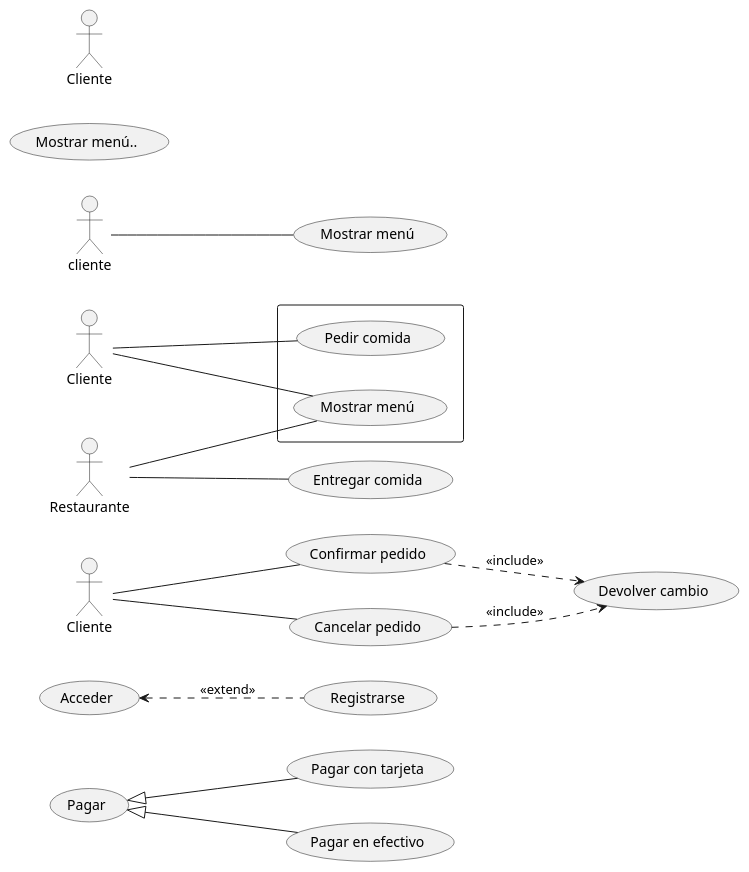
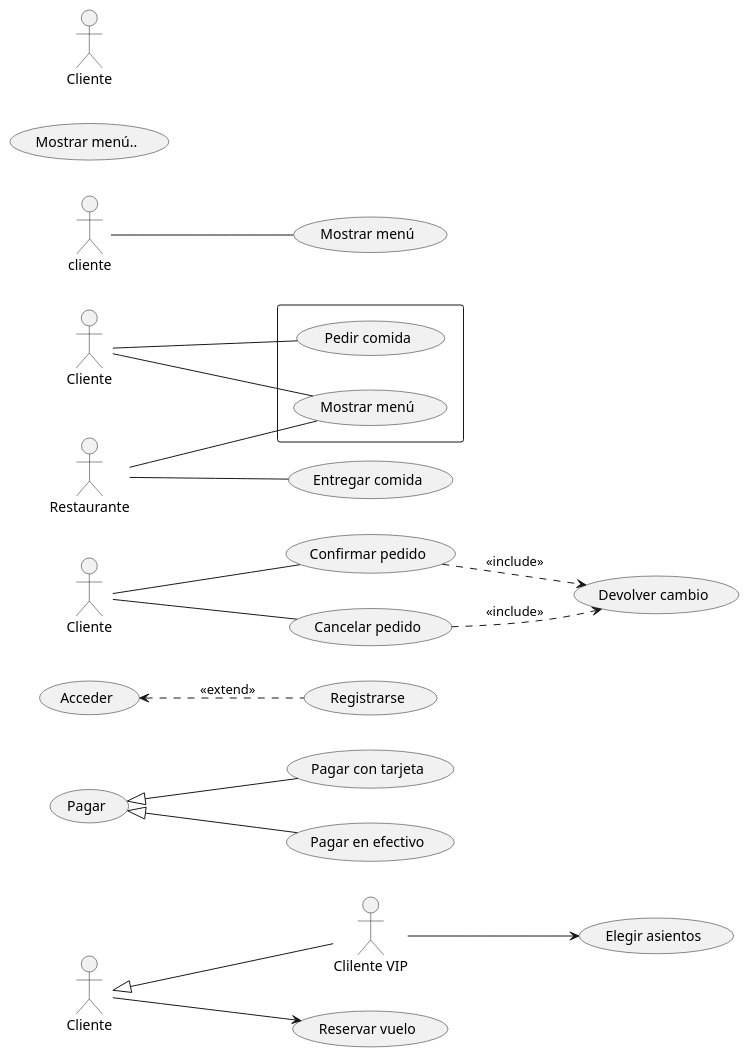
Before and after one commit to JuanmaEDE/UML_casos_de_uso: the diagram in UML_casos_de_uso.puml, drawn with PlantUML.

Commit message:
Realizado Generalización con actores

```diff
--- a/UML_casos_de_uso.puml
+++ b/UML_casos_de_uso.puml
@@ -1,41 +1,49 @@
 @startuml
+
+actor "Cliente" as clvu
+actor "Clilente VIP" as vip
+clvu <|-- vip
+usecase "Reservar vuelo" as rv
+usecase "Elegir asientos" as asie
+vip --> asie
+clvu --> rv
 
 usecase "Pagar" as pag
 usecase "Pagar con tarjeta" as pagt
 usecase "Pagar en efectivo" as pagoe
  pag <|-- pagt
 pag <|-- pagoe
 
 usecase "Acceder" as acc
 usecase "Registrarse" as reg
 (acc) <.. (reg) : <<extend>>
 
 
 left to right direction
 actor "Cliente" as cl1
 usecase "Confirmar pedido" as cp
 usecase "Cancelar pedido" as cap
 usecase "Devolver cambio" as dc
 cl1 -- cp
 cl1 -- cap
 (cp) ..> (dc) : <<include>>
 (cap) ..> (dc) : <<include>>
 
 left to right direction
 actor "Cliente" as cl
 actor "Restaurante" as re
 rectangle  {
   usecase "Mostrar menú" as UC1
   usecase "Pedir comida" as UC2
 
 }
 usecase "Entregar comida" as UC3
 cl -- UC1
 cl -- UC2
 re -- UC3
 re -- UC1
 
  :cliente: -- (Mostrar menú)
  Usecase uc1 as "Mostrar menú.."
 actor "Cliente" as ctl
 @enduml
```
